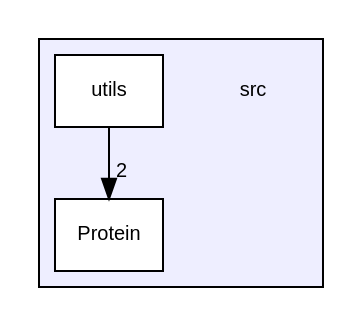
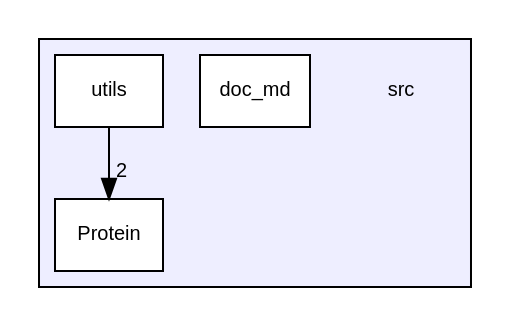
Before and after one commit to Mohamed-Nser-Said/ffp: the diagram in dir_68267d1309a1af8e8297ef4c3efbcdba_dep.dot, drawn with Graphviz. The commit also changed 81 other files, not shown here.

```diff
--- a/dir_68267d1309a1af8e8297ef4c3efbcdba_dep.dot
+++ b/dir_68267d1309a1af8e8297ef4c3efbcdba_dep.dot
@@ -1,12 +1,13 @@
 digraph "/home/runner/work/ffp/ffp/src" {
   compound=true
   node [ fontsize="10", fontname="Helvetica"];
   edge [ labelfontsize="10", labelfontname="Helvetica"];
   subgraph clusterdir_68267d1309a1af8e8297ef4c3efbcdba {
     graph [ bgcolor="#eeeeff", pencolor="black", label="" URL="dir_68267d1309a1af8e8297ef4c3efbcdba.html"];
     dir_68267d1309a1af8e8297ef4c3efbcdba [shape=plaintext label="src"];
+  dir_41b55b3d46e4103fa55f5c4832e69ea7 [shape=box label="doc_md" fillcolor="white" style="filled" URL="dir_41b55b3d46e4103fa55f5c4832e69ea7.html"];
   dir_32797135fe23c5eec817d4836231640f [shape=box label="Protein" fillcolor="white" style="filled" URL="dir_32797135fe23c5eec817d4836231640f.html"];
   dir_313caf1132e152dd9b58bea13a4052ca [shape=box label="utils" fillcolor="white" style="filled" URL="dir_313caf1132e152dd9b58bea13a4052ca.html"];
   }
   dir_313caf1132e152dd9b58bea13a4052ca->dir_32797135fe23c5eec817d4836231640f [headlabel="2", labeldistance=1.5 headhref="dir_000002_000001.html"];
 }
```
